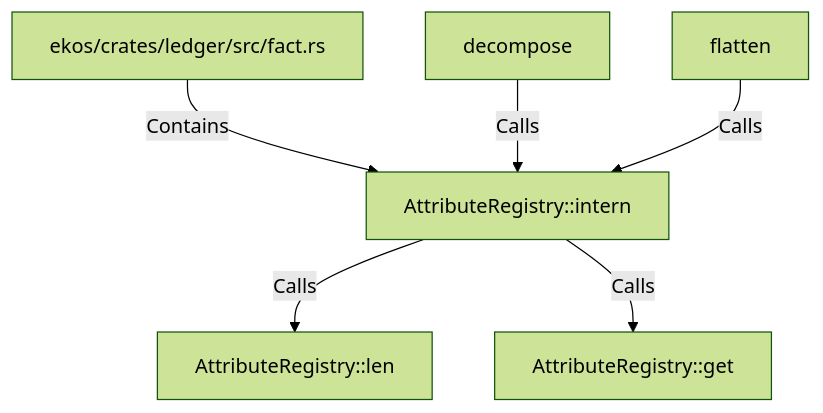
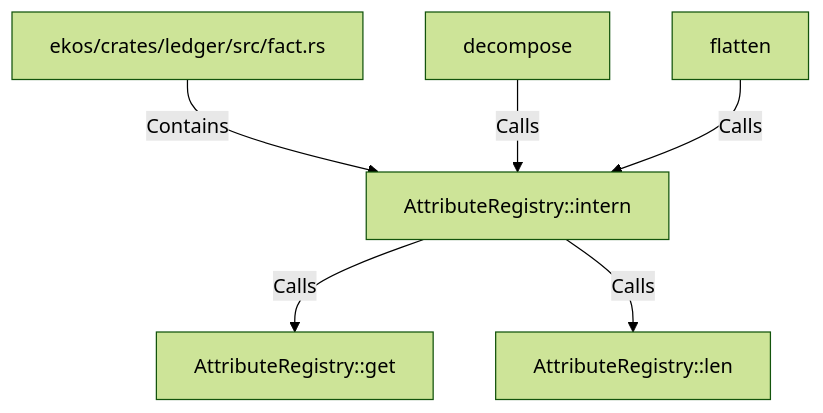
One commit to alexeyban/EKOS changed the diagram in doc/entities/rustsymbol/at/attributeregistry-intern.md. Above: the diagram before and after it, drawn with Mermaid (forest theme). The commit also changed other lines of this file and 552 other files, not shown here.

````diff
--- a/doc/entities/rustsymbol/at/attributeregistry-intern.md
+++ b/doc/entities/rustsymbol/at/attributeregistry-intern.md
@@ -24,14 +24,14 @@
 ```mermaid
 graph TD
     n1f29bac1ffa95110bbe26742ce05b657["AttributeRegistry::intern"]
     n7837f9fa71785151a068e75361336c37["ekos/crates/ledger/src/fact.rs"]
     n7837f9fa71785151a068e75361336c37 -->|Contains| n1f29bac1ffa95110bbe26742ce05b657
+    nfbad72cfcfbb5d3a88c63462f9a7860b["AttributeRegistry::get"]
+    n1f29bac1ffa95110bbe26742ce05b657 -->|Calls| nfbad72cfcfbb5d3a88c63462f9a7860b
     nc441faa058d85de0957574cc0e087136["AttributeRegistry::len"]
     n1f29bac1ffa95110bbe26742ce05b657 -->|Calls| nc441faa058d85de0957574cc0e087136
-    nfbad72cfcfbb5d3a88c63462f9a7860b["AttributeRegistry::get"]
-    n1f29bac1ffa95110bbe26742ce05b657 -->|Calls| nfbad72cfcfbb5d3a88c63462f9a7860b
     na37fe3f94d7a596db18fe9d9d4931c36["decompose"]
     na37fe3f94d7a596db18fe9d9d4931c36 -->|Calls| n1f29bac1ffa95110bbe26742ce05b657
     nbf6d717e62f85503b991dc1cf3358b97["flatten"]
     nbf6d717e62f85503b991dc1cf3358b97 -->|Calls| n1f29bac1ffa95110bbe26742ce05b657
 ```
````
